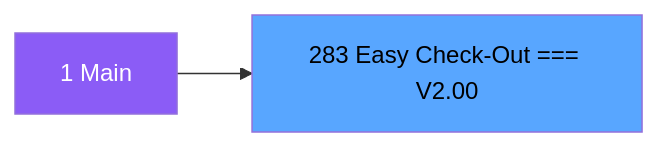
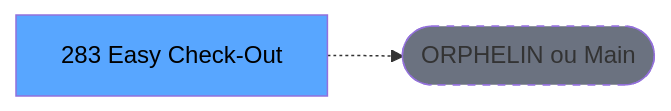
The second of 3 diagrams in .openspec/renders/ADH-IDE-283.md (thonyAGP/lecteur-magic), drawn with Mermaid before and after one commit. The commit also changed other lines of this file and 701 other files, not shown here.

````diff
--- a/.openspec/renders/ADH-IDE-283.md
+++ b/.openspec/renders/ADH-IDE-283.md
@@ -136,8 +137,8 @@
 ```mermaid
 graph LR
-    M[1 Main]
-    T[283 Easy Check-Out === V2.00]
-    M --> T
-    style M fill:#8b5cf6,color:#fff
+    T[283 Easy Check-Out ]
+    ORPHAN([ORPHELIN ou Main])
+    T -.-> ORPHAN
     style T fill:#58a6ff,color:#000
+    style ORPHAN fill:#6b7280,stroke-dasharray: 5 5
 ```
````
